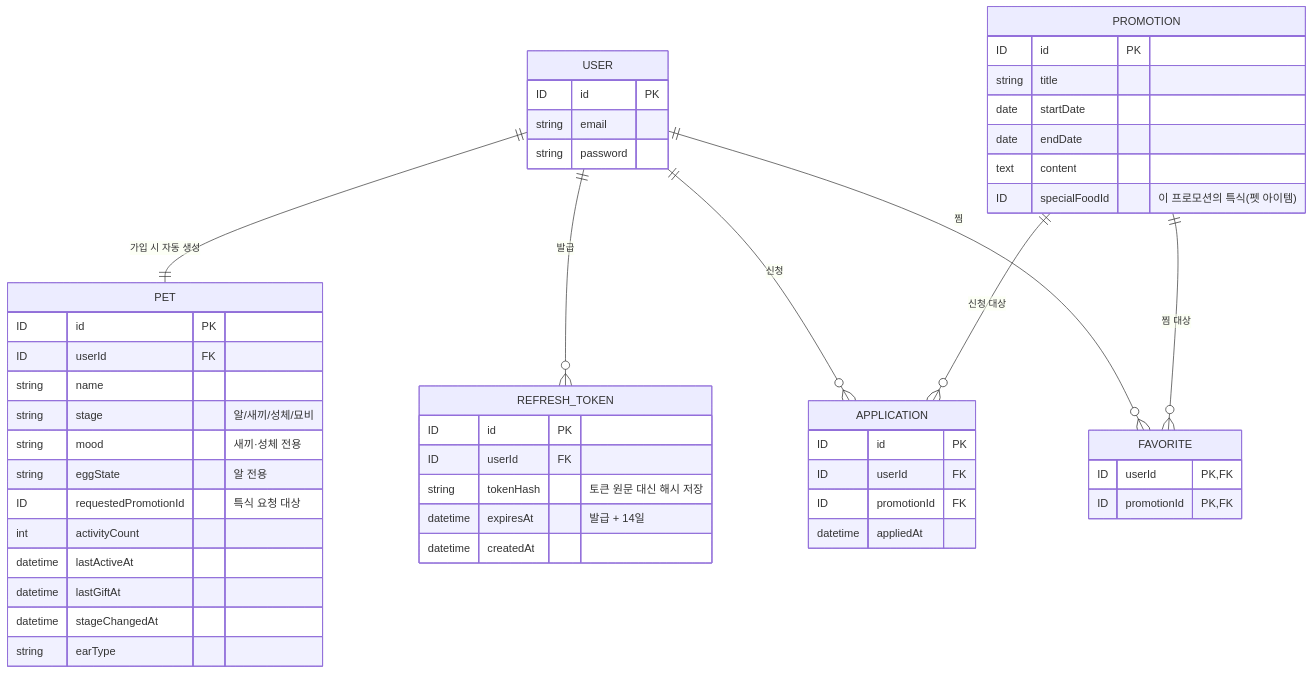
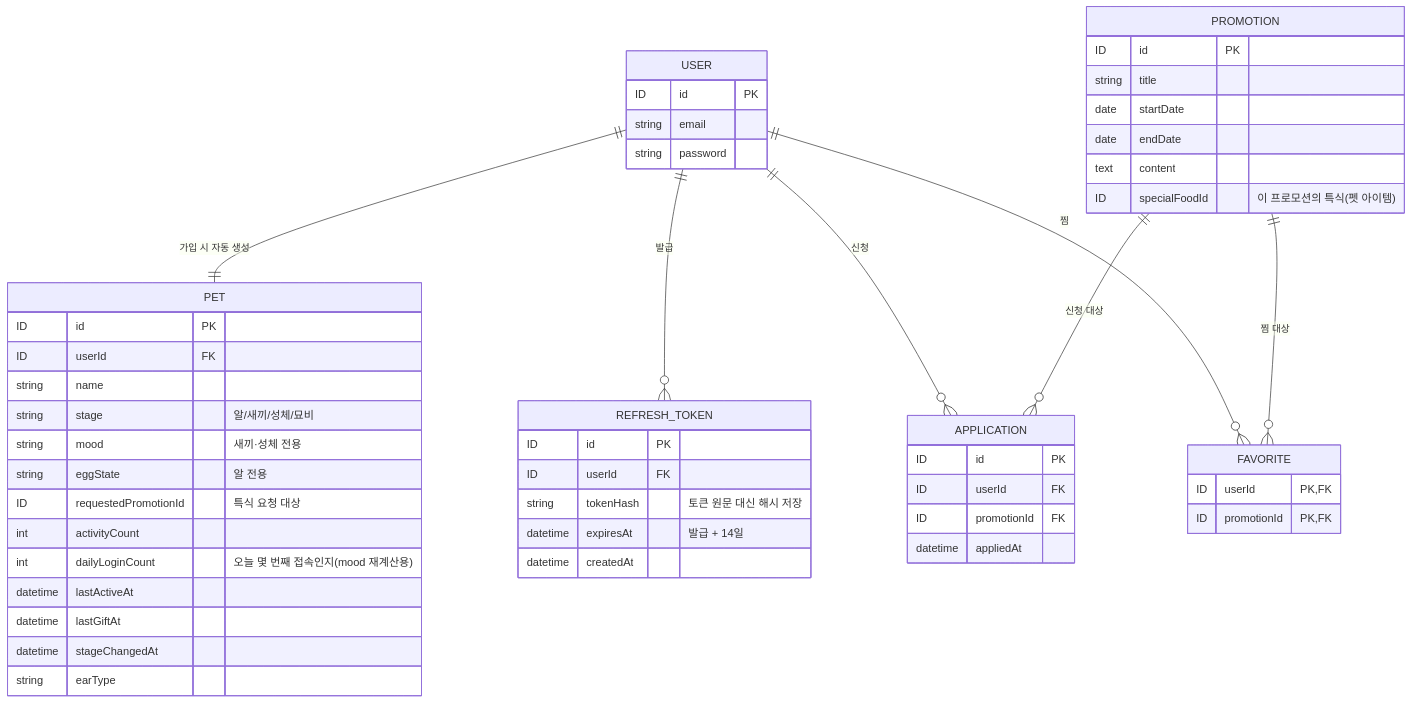
The diagram in docs/9-erd.md (chaeuk-60/b2b-promo), drawn with Mermaid before and after one commit. The commit also changed 9 other files, not shown here.

````diff
--- a/docs/9-erd.md
+++ b/docs/9-erd.md
@@ -5,59 +5,60 @@
 ```mermaid
 erDiagram
     USER ||--|| PET : "가입 시 자동 생성"
     USER ||--o{ REFRESH_TOKEN : "발급"
     USER ||--o{ APPLICATION : "신청"
     USER ||--o{ FAVORITE : "찜"
     PROMOTION ||--o{ APPLICATION : "신청 대상"
     PROMOTION ||--o{ FAVORITE : "찜 대상"
 
     USER {
         ID id PK
         string email
         string password
     }
 
     REFRESH_TOKEN {
         ID id PK
         ID userId FK
         string tokenHash "토큰 원문 대신 해시 저장"
         datetime expiresAt "발급 + 14일"
         datetime createdAt
     }
 
     PROMOTION {
         ID id PK
         string title
         date startDate
         date endDate
         text content
         ID specialFoodId "이 프로모션의 특식(펫 아이템)"
     }
 
     APPLICATION {
         ID id PK
         ID userId FK
         ID promotionId FK
         datetime appliedAt
     }
 
     FAVORITE {
         ID userId PK,FK
         ID promotionId PK,FK
     }
 
     PET {
         ID id PK
         ID userId FK
         string name
         string stage "알/새끼/성체/묘비"
         string mood "새끼·성체 전용"
         string eggState "알 전용"
         ID requestedPromotionId "특식 요청 대상"
         int activityCount
+        int dailyLoginCount "오늘 몇 번째 접속인지(mood 재계산용)"
         datetime lastActiveAt
         datetime lastGiftAt
         datetime stageChangedAt
         string earType
     }
 ```
````
